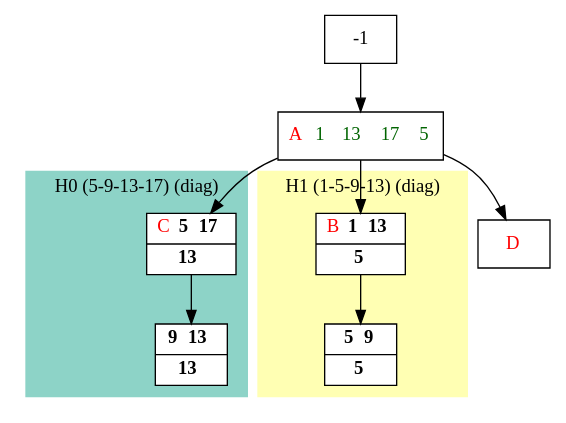
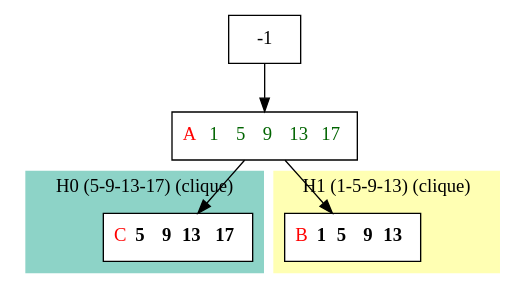
One commit to bmarchand/auto-dp changed the diagram in results/compact_dot_files/compact_H.dot. Above: the diagram before and after it, drawn with Graphviz. The commit also changed 4 other files, not shown here.

```diff
--- a/results/compact_dot_files/compact_H.dot
+++ b/results/compact_dot_files/compact_H.dot
@@ -1,29 +1,25 @@
 digraph G {
     node [shape=box];
     subgraph cluster0 {
         node [style=filled,fillcolor=white];
         labeljust="l";
         style=filled;
         color="#8DD3C7";
-        H0_0 -> H0_5;
-        label="H0 (5-9-13-17) (diag)";
+        H0_0;
+        label="H0 (5-9-13-17) (clique)";
     }
     subgraph cluster1 {
         node [style=filled,fillcolor=white];
         labeljust="l";
         style=filled;
         color="#FFFFB3";
-        H1_0 -> H1_5;
-        label="H1 (1-5-9-13) (diag)";
+        H1_0;
+        label="H1 (1-5-9-13) (clique)";
     }
-     1 [shape=record,label= <{  <FONT COLOR="RED">A</FONT>  <FONT COLOR="DARKGREEN">1</FONT>  <FONT COLOR="DARKGREEN">13</FONT>  <FONT COLOR="DARKGREEN">17</FONT>  <FONT COLOR="DARKGREEN">5</FONT>}> ];
+     1 [shape=record,label= <{  <FONT COLOR="RED">A</FONT>  <FONT COLOR="DARKGREEN">1</FONT>  <FONT COLOR="DARKGREEN">5</FONT>  <FONT COLOR="DARKGREEN">9</FONT>  <FONT COLOR="DARKGREEN">13</FONT> <FONT COLOR="DARKGREEN">17</FONT>}>  ];
      -1  ->  1;
-     H1_0 [shape=record,label= <{  <FONT COLOR="RED">B</FONT> <b>1</b> <b>13</b>|  <b>5</b>}> ];
+     H1_0 [shape=record,label= <{  <FONT COLOR="RED">B</FONT> <b>1</b> <b>5</b>  <b>9</b> <b>13</b>}> ];
      1  ->  H1_0;
-     H1_5 [shape=record,label= <{ <b>5</b> <b>9</b>|  <b>5</b>}> ];
-     H0_0 [shape=record,label= <{  <FONT COLOR="RED">C</FONT> <b>5</b> <b>17</b>|  <b>13</b>}> ];
+     H0_0 [shape=record,label= <{  <FONT COLOR="RED">C</FONT> <b>5</b>  <b>9</b> <b>13</b> <b>17</b>}> ];
      1  ->  H0_0;
-     H0_5 [shape=record,label= <{ <b>9</b> <b>13</b>|  <b>13</b>}> ];
-     _1 [shape=record,label= <{  <FONT COLOR="RED">D</FONT>}> ];
-     1  ->  _1;
 }
```
